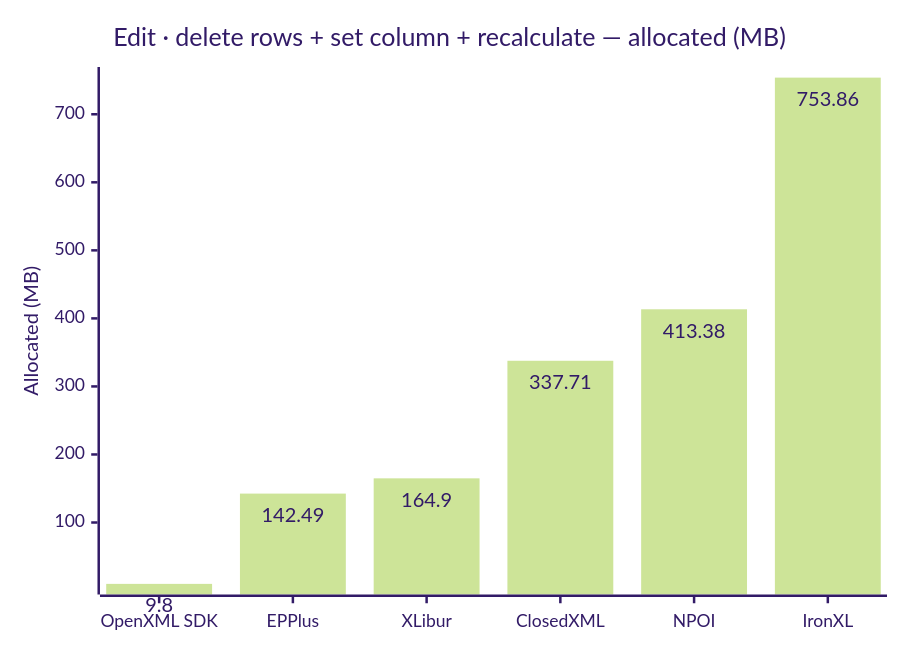
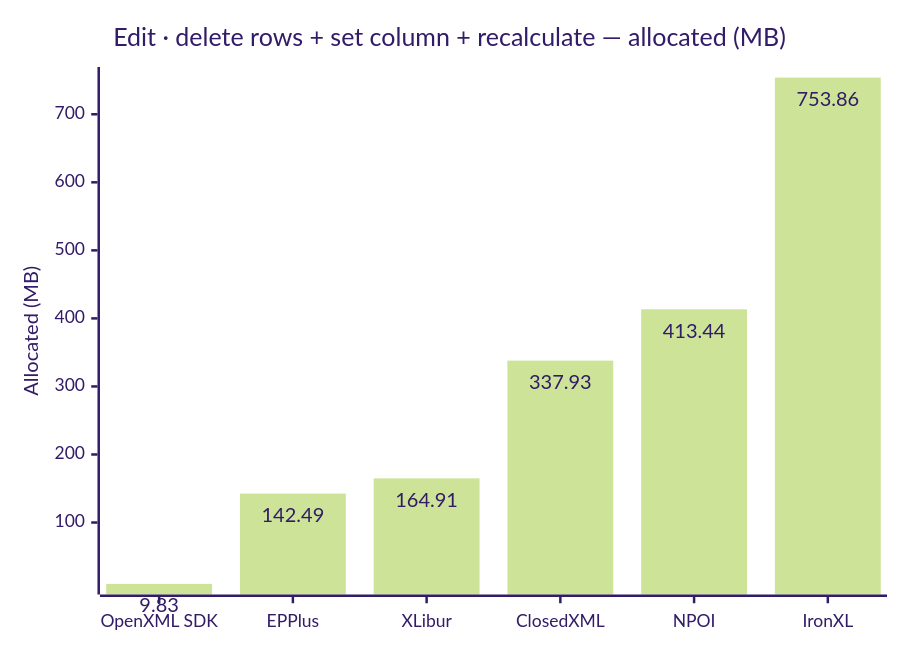
The tenth of 10 diagrams in docs/results.md (jafin/XLBench), drawn with Mermaid (forest theme) before and after one commit. The commit also changed other lines of this file and 5 other files, not shown here.

````diff
--- a/docs/results.md
+++ b/docs/results.md
@@ -152,12 +152,12 @@
 ```mermaid
 ---
 config:
   xyChart:
     showDataLabel: true
 ---
 xychart-beta
     title "Edit · delete rows + set column + recalculate — allocated (MB)"
     x-axis ["OpenXML SDK", "EPPlus", "XLibur", "ClosedXML", "NPOI", "IronXL"]
     y-axis "Allocated (MB)"
-    bar [9.8, 142.49, 164.9, 337.71, 413.38, 753.86]
+    bar [9.83, 142.49, 164.91, 337.93, 413.44, 753.86]
 ```
````
